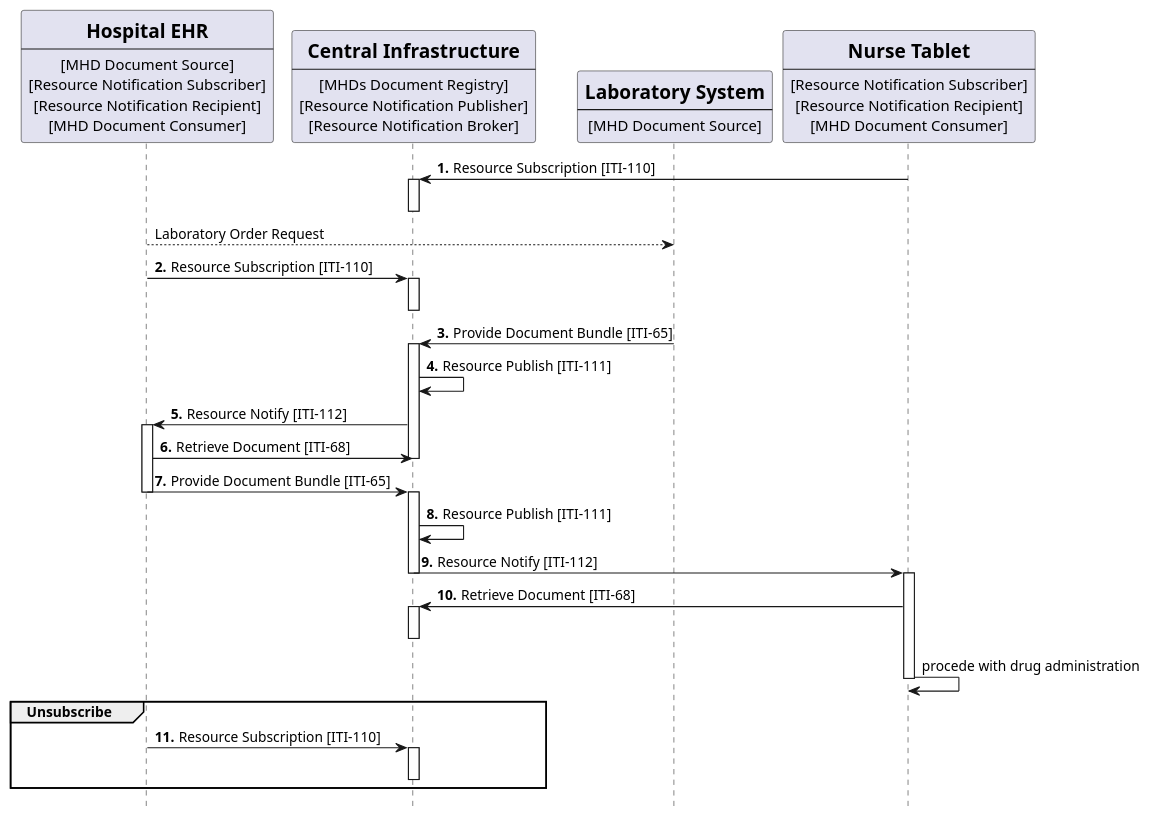
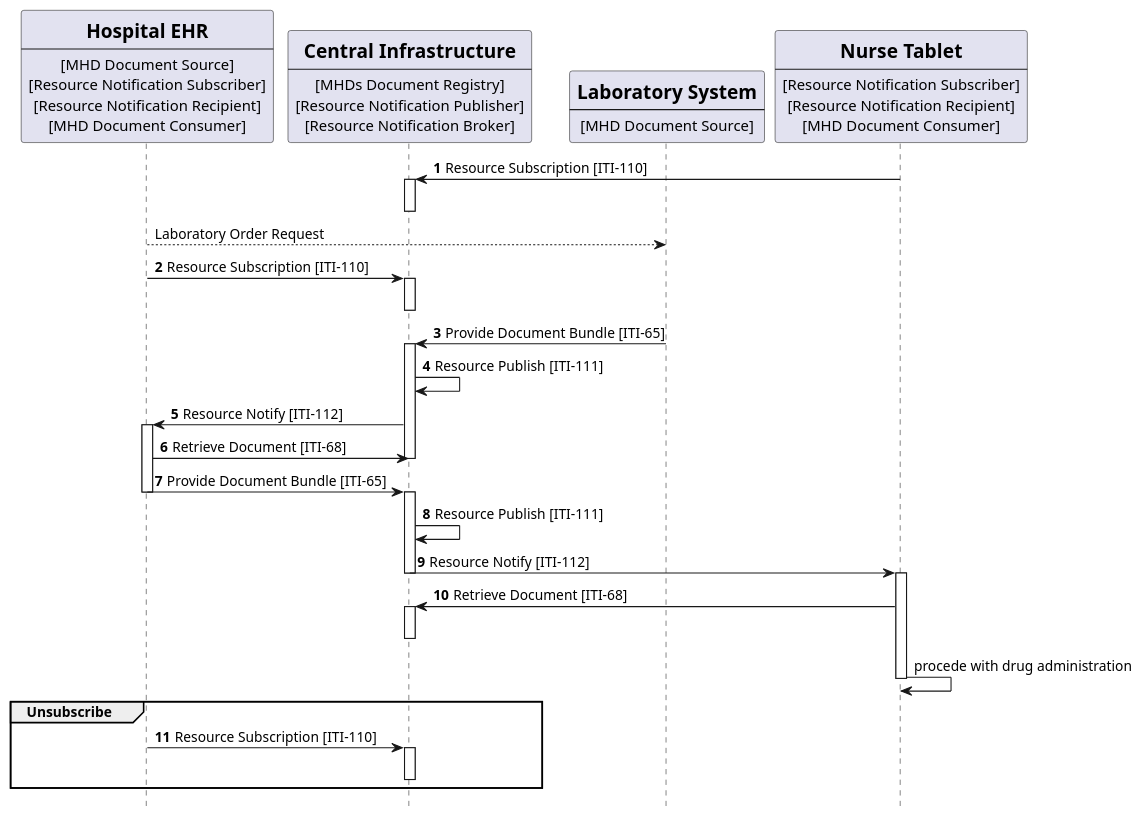
One commit to IHE/ITI.DSUBm changed the diagram in input/images-source/usecase1-processflow.plantuml. Above: the diagram before and after it, drawn with PlantUML. The commit also changed 5 other files, not shown here.

```diff
--- a/input/images-source/usecase1-processflow.plantuml
+++ b/input/images-source/usecase1-processflow.plantuml
@@ -1,82 +1,82 @@
 @startuml
 skinparam svgDimensionStyle false
 hide footbox
 
 /'title "Subscription with DSUBm on MHDs infrastructure: Laboratory Results and ePrescription"'/
 participant HospitalEHR [
     =Hospital EHR
     ----
     [MHD Document Source]
     [Resource Notification Subscriber]
     [Resource Notification Recipient]
     [MHD Document Consumer]
 ] 
 
 participant MHDsDocumentRegistry [
     =Central Infrastructure
     ----
     [MHDs Document Registry]
     [Resource Notification Publisher]
     [Resource Notification Broker]
     ] 
 
 
 participant LaboratorySystem [
     =Laboratory System
     ----
     [MHD Document Source]
 ] 
 
 participant NurseTablet [
     =Nurse Tablet
     ----
     [Resource Notification Subscriber]
     [Resource Notification Recipient]
     [MHD Document Consumer]
 ] 
-autonumber "<b>."
+autonumber "<b>"
 NurseTablet -> MHDsDocumentRegistry:   Resource Subscription [ITI-110]
 activate MHDsDocumentRegistry
 deactivate MHDsDocumentRegistry
 autonumber stop
 HospitalEHR --> LaboratorySystem:  Laboratory Order Request
-autonumber 2 "<b>."
+autonumber 2 "<b>"
 HospitalEHR -> MHDsDocumentRegistry:  Resource Subscription [ITI-110]
 activate MHDsDocumentRegistry
 deactivate MHDsDocumentRegistry
 
 
 
 
 LaboratorySystem -> MHDsDocumentRegistry: Provide Document Bundle [ITI-65]
 activate MHDsDocumentRegistry
 MHDsDocumentRegistry -> MHDsDocumentRegistry : Resource Publish [ITI-111]
 MHDsDocumentRegistry -> HospitalEHR : Resource Notify [ITI-112]
 activate HospitalEHR
 
 HospitalEHR -> MHDsDocumentRegistry:  Retrieve Document [ITI-68]
 deactivate MHDsDocumentRegistry
 HospitalEHR -> MHDsDocumentRegistry: Provide Document Bundle [ITI-65]
 deactivate HospitalEHR
 
 activate MHDsDocumentRegistry
 MHDsDocumentRegistry -> MHDsDocumentRegistry : Resource Publish [ITI-111]
 MHDsDocumentRegistry -> NurseTablet : Resource Notify [ITI-112]
 deactivate MHDsDocumentRegistry
 activate NurseTablet
 NurseTablet -> MHDsDocumentRegistry: Retrieve Document [ITI-68]
 activate MHDsDocumentRegistry
 deactivate MHDsDocumentRegistry
 autonumber stop
 NurseTablet -> NurseTablet: procede with drug administration
 deactivate NurseTablet
 
-autonumber 11 "<b>."
+autonumber 11 "<b>"
 group Unsubscribe
   HospitalEHR ->MHDsDocumentRegistry: Resource Subscription [ITI-110]
   activate MHDsDocumentRegistry
   deactivate MHDsDocumentRegistry
   
 end
 
 @enduml
```
